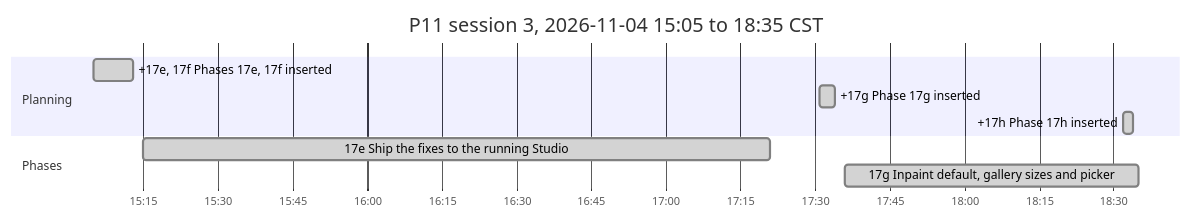
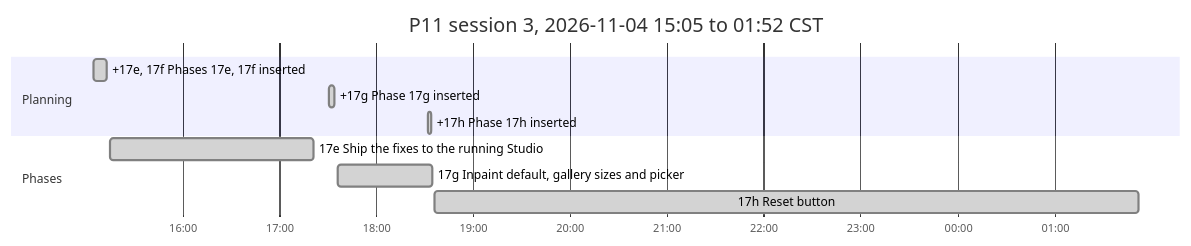
One commit to antonizick/project1111 changed the third of 3 diagrams in P11_IMPLEMENTATION_PLAN.md. Above: the diagram before and after it, drawn with Mermaid. The commit also changed other lines of this file and 2 other files, not shown here.

Commit message:
docs(plan): refresh timeline

````diff
--- a/P11_IMPLEMENTATION_PLAN.md
+++ b/P11_IMPLEMENTATION_PLAN.md
@@ -119,13 +119,14 @@
 ```mermaid
 gantt
-    title P11 session 3, 2026-11-04 15:05 to 18:35 CST
+    title P11 session 3, 2026-11-04 15:05 to 01:52 CST
     dateFormat YYYY-MM-DD HH:mm
     axisFormat %H:%M
     section Planning
     +17e, 17f Phases 17e, 17f inserted :done, plan5, 2026-11-04 15:05, 2026-11-04 15:13
     +17g Phase 17g inserted :done, plan6, 2026-11-04 17:31, 2026-11-04 17:34
     +17h Phase 17h inserted :done, plan7, 2026-11-04 18:32, 2026-11-04 18:34
     section Phases
     17e Ship the fixes to the running Studio :done, p17es3, 2026-11-04 15:15, 2026-11-04 17:21
     17g Inpaint default, gallery sizes and picker :done, p17gs3, 2026-11-04 17:36, 2026-11-04 18:35
+    17h Reset button :done, p17hs3, 2026-11-04 18:36, 2026-11-05 01:52
 ```
````
